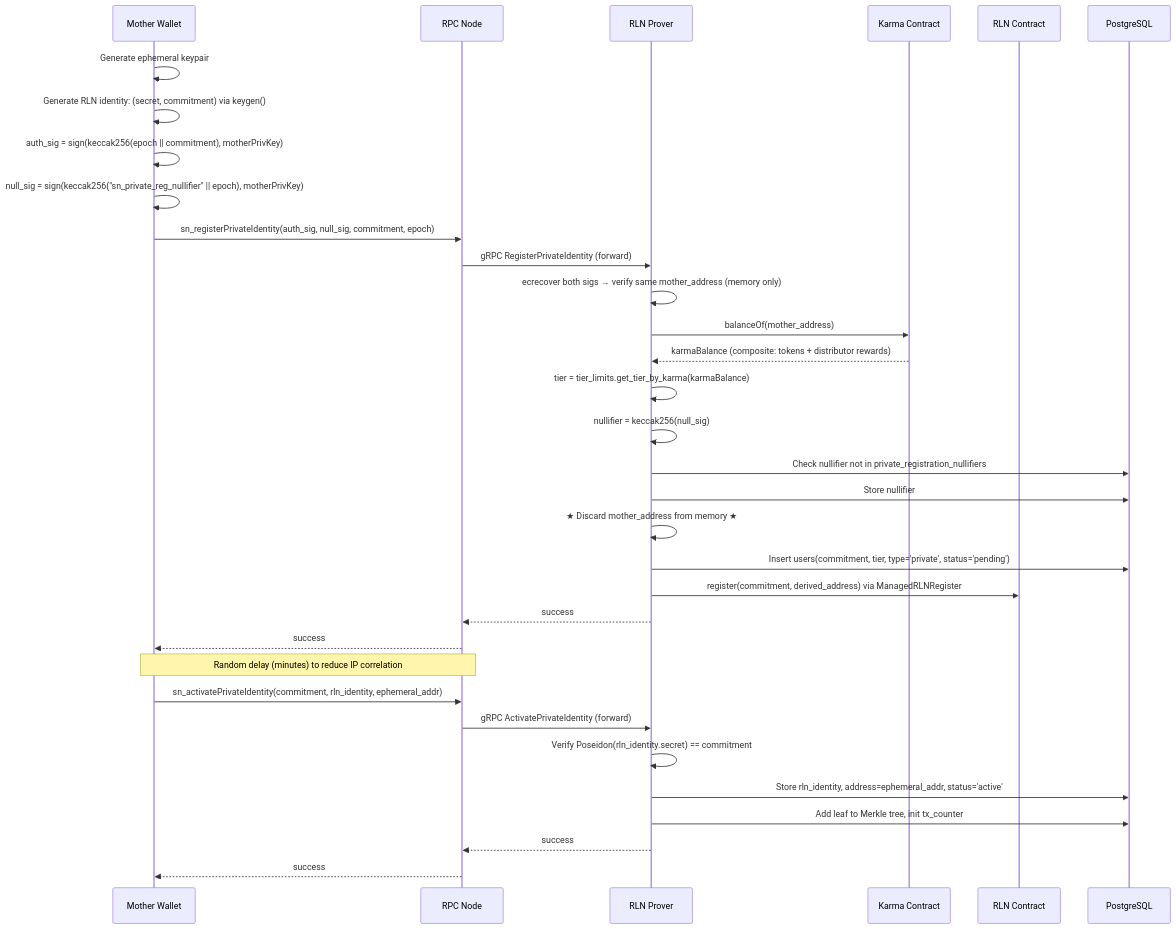
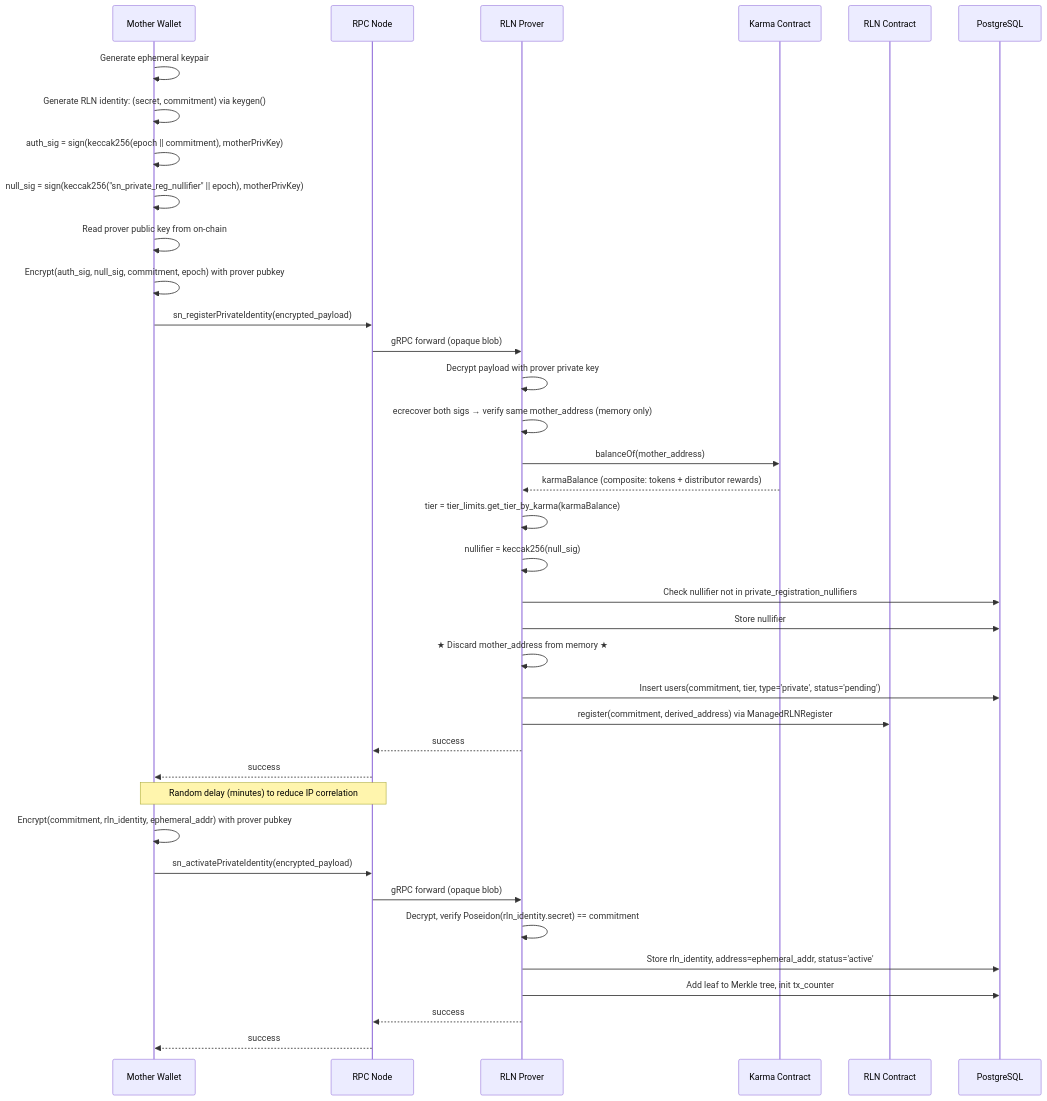
The second of 2 diagrams in docs/private-gasless-transactions-prd.md (status-im/status-network-monorepo), drawn with Mermaid before and after one commit. The commit also changed other lines of this file, not shown here.

First line of the commit message:
docs: add encrypted payloads for RPC node blindness

````diff
--- a/docs/private-gasless-transactions-prd.md
+++ b/docs/private-gasless-transactions-prd.md
@@ -171,38 +180,42 @@
 ```mermaid
 sequenceDiagram
     participant M as Mother Wallet
     participant RPC as RPC Node
     participant P as RLN Prover
     participant KC as Karma Contract
     participant RLNC as RLN Contract
     participant DB as PostgreSQL
 
     M->>M: Generate ephemeral keypair
     M->>M: Generate RLN identity: (secret, commitment) via keygen()
     M->>M: auth_sig = sign(keccak256(epoch || commitment), motherPrivKey)
     M->>M: null_sig = sign(keccak256("sn_private_reg_nullifier" || epoch), motherPrivKey)
+    M->>M: Read prover public key from on-chain
+    M->>M: Encrypt(auth_sig, null_sig, commitment, epoch) with prover pubkey
 
-    M->>RPC: sn_registerPrivateIdentity(auth_sig, null_sig, commitment, epoch)
-    RPC->>P: gRPC RegisterPrivateIdentity (forward)
+    M->>RPC: sn_registerPrivateIdentity(encrypted_payload)
+    RPC->>P: gRPC forward (opaque blob)
+    P->>P: Decrypt payload with prover private key
     P->>P: ecrecover both sigs → verify same mother_address (memory only)
     P->>KC: balanceOf(mother_address)
     KC-->>P: karmaBalance (composite: tokens + distributor rewards)
     P->>P: tier = tier_limits.get_tier_by_karma(karmaBalance)
     P->>P: nullifier = keccak256(null_sig)
     P->>DB: Check nullifier not in private_registration_nullifiers
     P->>DB: Store nullifier
     P->>P: ★ Discard mother_address from memory ★
     P->>DB: Insert users(commitment, tier, type='private', status='pending')
     P->>RLNC: register(commitment, derived_address) via ManagedRLNRegister
     P-->>RPC: success
     RPC-->>M: success
 
     Note over M,RPC: Random delay (minutes) to reduce IP correlation
-    M->>RPC: sn_activatePrivateIdentity(commitment, rln_identity, ephemeral_addr)
-    RPC->>P: gRPC ActivatePrivateIdentity (forward)
-    P->>P: Verify Poseidon(rln_identity.secret) == commitment
+    M->>M: Encrypt(commitment, rln_identity, ephemeral_addr) with prover pubkey
+    M->>RPC: sn_activatePrivateIdentity(encrypted_payload)
+    RPC->>P: gRPC forward (opaque blob)
+    P->>P: Decrypt, verify Poseidon(rln_identity.secret) == commitment
     P->>DB: Store rln_identity, address=ephemeral_addr, status='active'
     P->>DB: Add leaf to Merkle tree, init tx_counter
     P-->>RPC: success
     RPC-->>M: success
 ```
````
